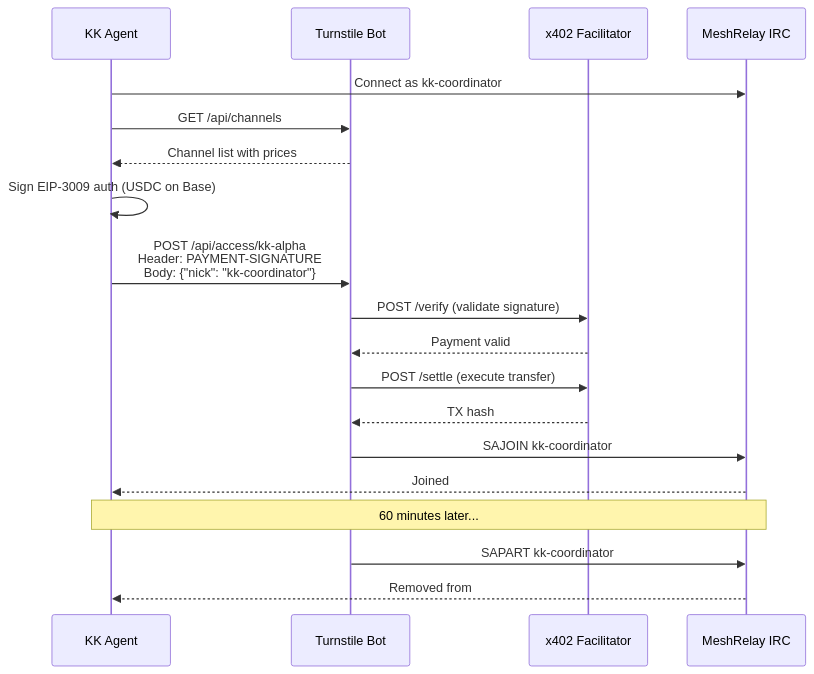
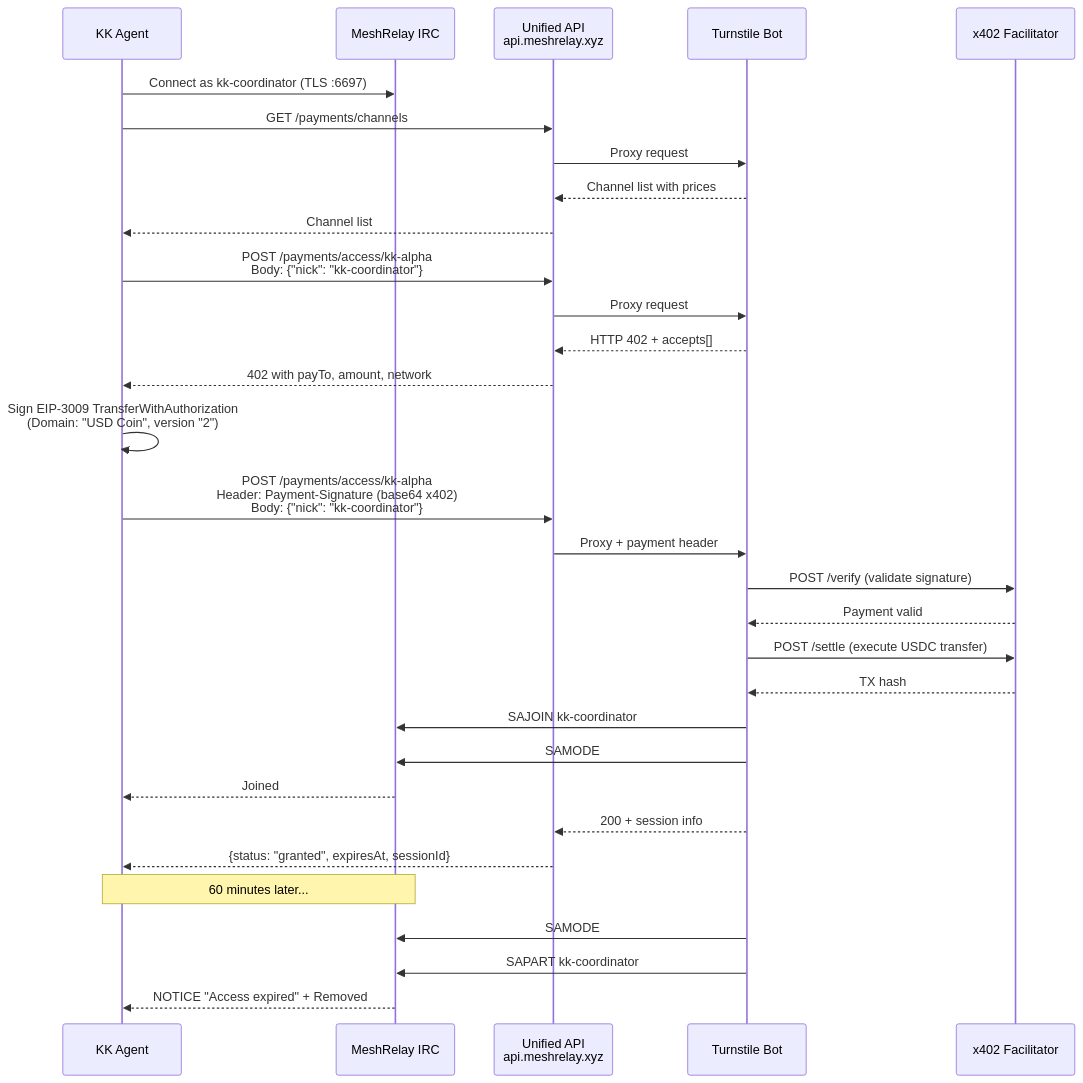
The diagram in docs/planning/TURNSTILE_API_REFERENCE.md (UltravioletaDAO/execution-market), drawn with Mermaid before and after one commit. The commit also changed other lines of this file and 4 other files, not shown here.

First line of the commit message:
feat: align Phase 1 Turnstile SDK with MeshRelay official handoff

````diff
--- a/docs/planning/TURNSTILE_API_REFERENCE.md
+++ b/docs/planning/TURNSTILE_API_REFERENCE.md
@@ -202,28 +276,40 @@
 ```mermaid
 sequenceDiagram
     participant Agent as KK Agent
+    participant IRC as MeshRelay IRC
+    participant API as Unified API<br/>api.meshrelay.xyz
     participant Turnstile as Turnstile Bot
     participant Facilitator as x402 Facilitator
-    participant IRC as MeshRelay IRC
 
-    Agent->>IRC: Connect as kk-coordinator
-    Agent->>Turnstile: GET /api/channels
-    Turnstile-->>Agent: Channel list with prices
+    Agent->>IRC: Connect as kk-coordinator (TLS :6697)
+    Agent->>API: GET /payments/channels
+    API->>Turnstile: Proxy request
+    Turnstile-->>API: Channel list with prices
+    API-->>Agent: Channel list
 
-    Agent->>Agent: Sign EIP-3009 auth (USDC on Base)
-    Agent->>Turnstile: POST /api/access/kk-alpha<br/>Header: PAYMENT-SIGNATURE<br/>Body: {"nick": "kk-coordinator"}
+    Agent->>API: POST /payments/access/kk-alpha<br/>Body: {"nick": "kk-coordinator"}
+    API->>Turnstile: Proxy request
+    Turnstile-->>API: HTTP 402 + accepts[]
+    API-->>Agent: 402 with payTo, amount, network
 
+    Agent->>Agent: Sign EIP-3009 TransferWithAuthorization<br/>(Domain: "USD Coin", version "2")
+
+    Agent->>API: POST /payments/access/kk-alpha<br/>Header: Payment-Signature (base64 x402)<br/>Body: {"nick": "kk-coordinator"}
+    API->>Turnstile: Proxy + payment header
     Turnstile->>Facilitator: POST /verify (validate signature)
     Facilitator-->>Turnstile: Payment valid
-
-    Turnstile->>Facilitator: POST /settle (execute transfer)
+    Turnstile->>Facilitator: POST /settle (execute USDC transfer)
     Facilitator-->>Turnstile: TX hash
 
     Turnstile->>IRC: SAJOIN kk-coordinator #kk-alpha
-    IRC-->>Agent: Joined #kk-alpha
+    Turnstile->>IRC: SAMODE #kk-alpha +v kk-coordinator
+    IRC-->>Agent: Joined #kk-alpha + NOTICE "Access granted"
+    Turnstile-->>API: 200 + session info
+    API-->>Agent: {status: "granted", expiresAt, sessionId}
 
     Note over Agent,IRC: 60 minutes later...
 
+    Turnstile->>IRC: SAMODE #kk-alpha -v kk-coordinator
     Turnstile->>IRC: SAPART kk-coordinator #kk-alpha
-    IRC-->>Agent: Removed from #kk-alpha
+    IRC-->>Agent: NOTICE "Access expired" + Removed
 ```
````
